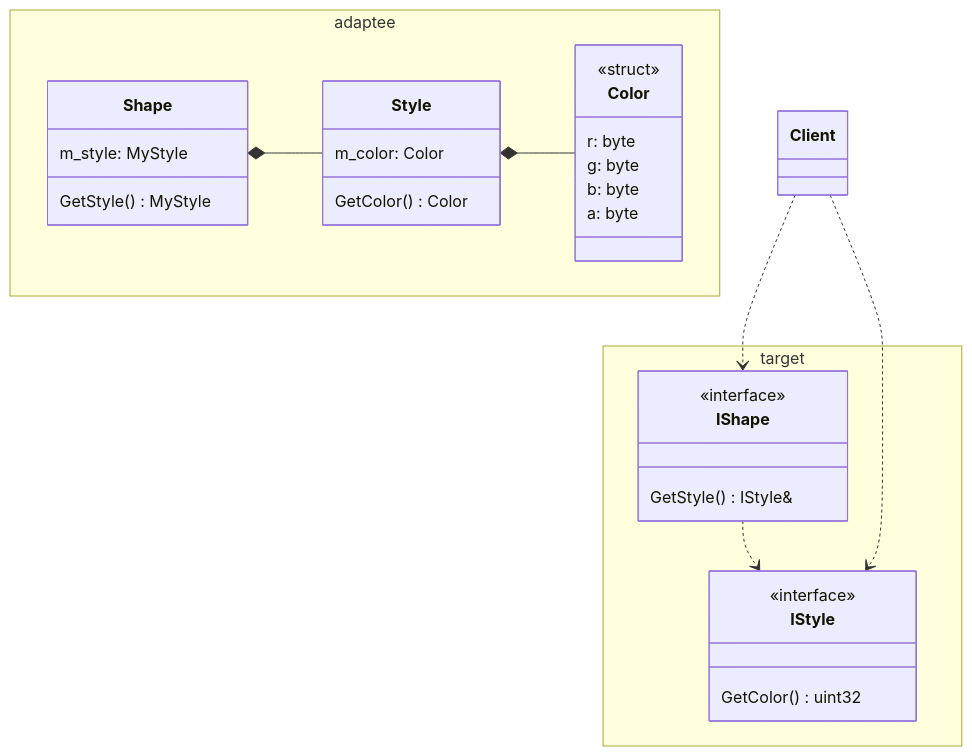
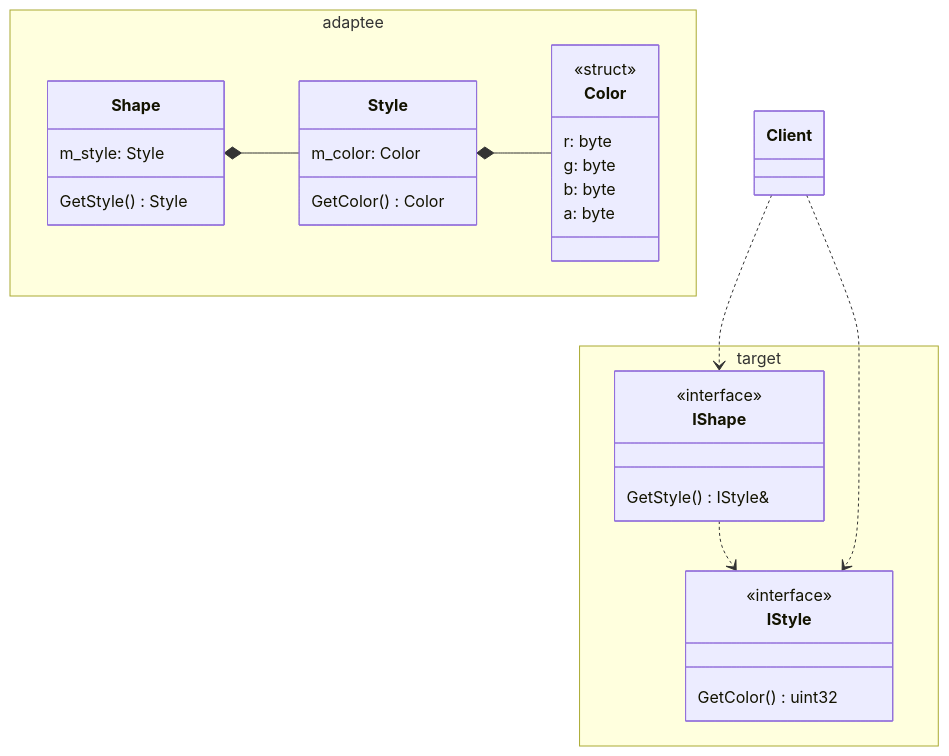
One commit to alexey-malov/ood changed the diagram in exam/README.md. Above: the diagram before and after it, drawn with Mermaid.

Commit message:
Исправил диаграмму классов на странице exam

````diff
--- a/exam/README.md
+++ b/exam/README.md
@@ -146,40 +146,40 @@
   ```mermaid
   classDiagram
     namespace target {
       class IShape {
         <<interface>>
         GetStyle() IStyle&
       }
 
       class IStyle {
         <<interface>>
         GetColor() uint32
       }
     }
 
     namespace adaptee {
       class Shape {
-        m_style: MyStyle
-        GetStyle() MyStyle
+        m_style: Style
+        GetStyle() Style
       }
       class Style {
         m_color: Color
         GetColor() Color
       }
       class Color {
         <<struct>>
         r: byte
         g: byte
         b: byte
         a: byte
       }
     }
     class Client {
     }
 
     IShape ..> IStyle
     Shape *-- Style
     Style *-- Color
     Client ..> IShape
     Client ..> IStyle
   ```
````
